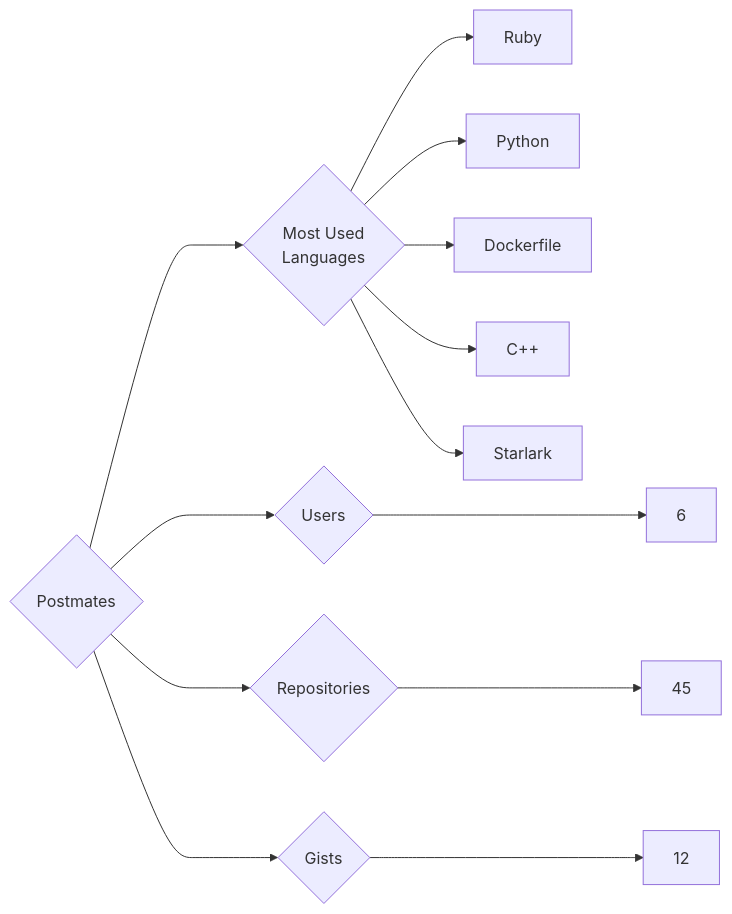
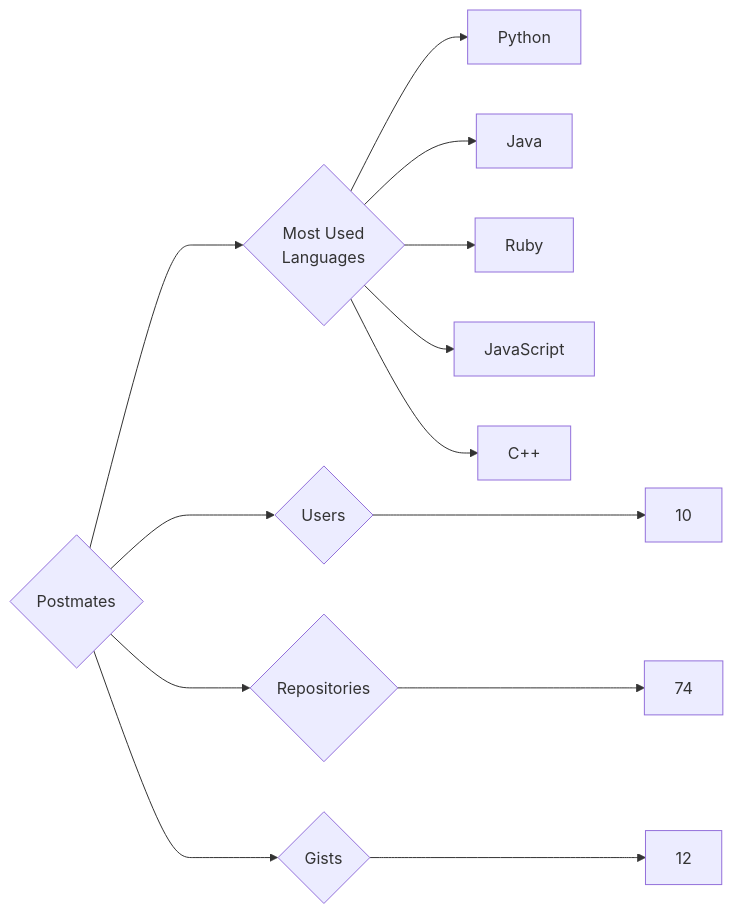
Before and after one commit to trickest/insiders: the diagram in targets/Postmates/README.md, drawn with Mermaid. The commit also changed 895 other files, not shown here.

````diff
--- a/targets/Postmates/README.md
+++ b/targets/Postmates/README.md
@@ -3,13 +3,13 @@
 ```mermaid
 graph LR
 COMPANY_NAME{Postmates}
-COMPANY_NAME ---> U{Users} ---> UN[6]
-COMPANY_NAME ---> R{Repositories} ---> RN[45]
+COMPANY_NAME ---> U{Users} ---> UN[10]
+COMPANY_NAME ---> R{Repositories} ---> RN[74]
 COMPANY_NAME ---> G{Gists} ---> GN[12]
 COMPANY_NAME ---> ML{Most Used<br>Languages}
+ML --> Python[Python]
+ML --> Java[Java]
 ML --> Ruby[Ruby]
-ML --> Python[Python]
-ML --> Dockerfile[Dockerfile]
+ML --> JavaScript[JavaScript]
 ML --> C++[C++]
-ML --> Starlark[Starlark]
 ```
````
